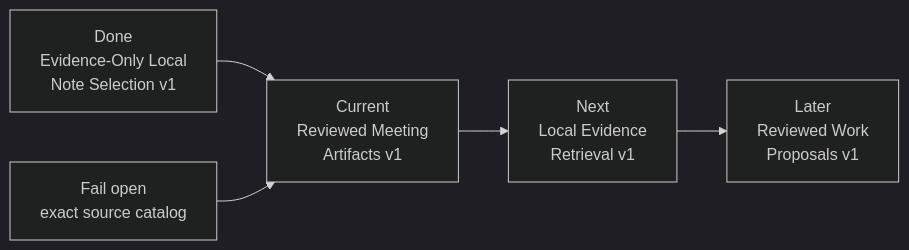
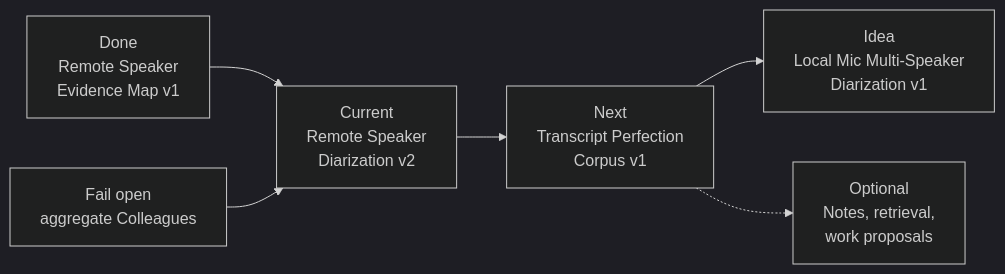
The second of 2 diagrams in docs/roadmap/murmurmark-cli-roadmap.md (asukhodko/murmurmark), drawn with Mermaid (dark theme) before and after one commit. The commit also changed other lines of this file and 12 other files, not shown here.

````diff
--- a/docs/roadmap/murmurmark-cli-roadmap.md
+++ b/docs/roadmap/murmurmark-cli-roadmap.md
@@ -79,12 +77,14 @@
 ```mermaid
 flowchart LR
-    S["Done<br/>Evidence-Only Local<br/>Note Selection v1"]
-    A["Current<br/>Reviewed Meeting<br/>Artifacts v1"]
-    F["Fail open<br/>exact source catalog"]
-    Q["Next<br/>Local Evidence<br/>Retrieval v1"]
-    W["Later<br/>Reviewed Work<br/>Proposals v1"]
+    B["Done<br/>Remote Speaker<br/>Evidence Map v1"]
+    D["Current<br/>Remote Speaker<br/>Diarization v2"]
+    F["Fail open<br/>aggregate Colleagues"]
+    P["Next<br/>Transcript Perfection<br/>Corpus v1"]
+    M["Idea<br/>Local Mic Multi-Speaker<br/>Diarization v1"]
+    O["Optional<br/>Notes, retrieval,<br/>work proposals"]
 
-    S --> A
-    F --> A
-    A --> Q --> W
+    B --> D
+    F --> D
+    D --> P --> M
+    P -.-> O
 ```
````
